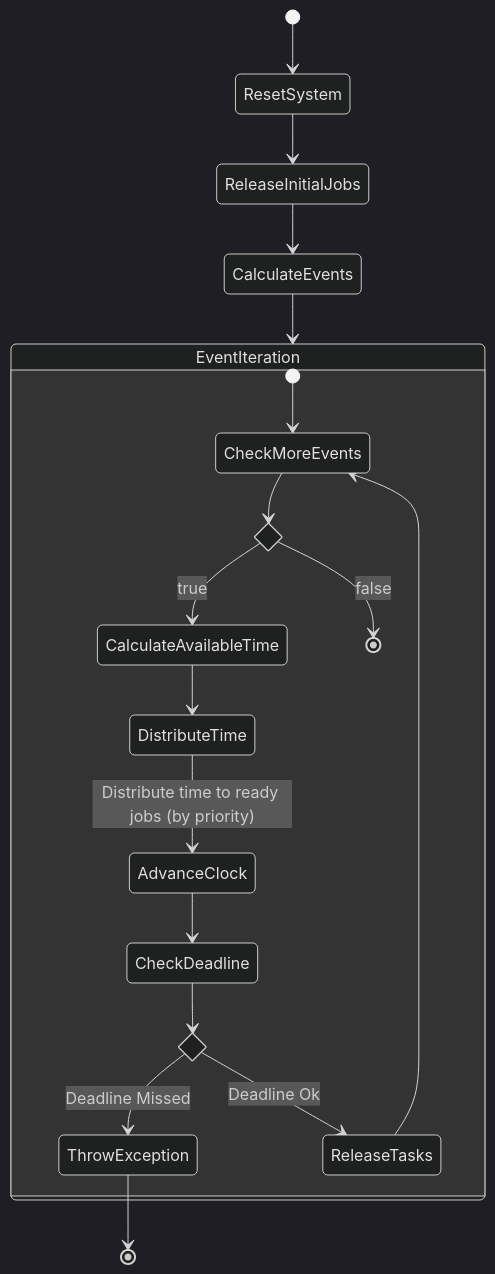
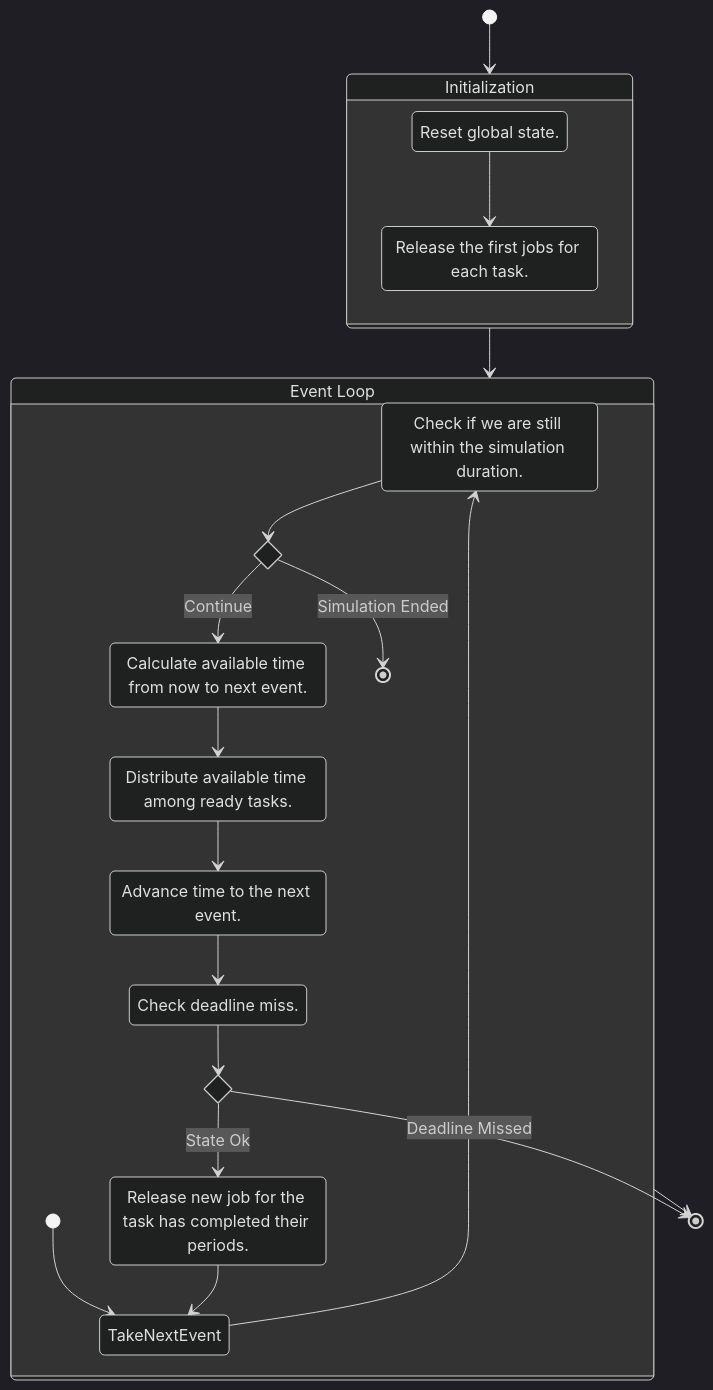
Before and after one commit to edoardosarri24/probabilistic-soft-real-time-analysis: the diagram in report/images/1-simulator/activity_diagram.mmd, drawn with Mermaid (dark theme). The commit also changed 2 other files, not shown here.

Commit message:
activity diagram

```diff
--- a/report/images/1-simulator/activity_diagram.mmd
+++ b/report/images/1-simulator/activity_diagram.mmd
@@ -1,28 +1,36 @@
 stateDiagram-v2
-    [*] --> ResetSystem
-    ResetSystem --> ReleaseInitialJobs
-    ReleaseInitialJobs --> CalculateEvents
+    [*] --> Initialization
 
-    state EventIteration {
-        [*] --> CheckMoreEvents
-        state MoreEventsCheck<<choice>>
-        CheckMoreEvents --> MoreEventsCheck
-
-        MoreEventsCheck --> CalculateAvailableTime: true
-        MoreEventsCheck --> [*]: false
-
-        CalculateAvailableTime --> DistributeTime
-        DistributeTime --> AdvanceClock : Distribute time to ready jobs (by priority)
-        AdvanceClock --> CheckDeadline
-
-        state DeadlineCheck<<choice>>
-        CheckDeadline --> DeadlineCheck
-
-        DeadlineCheck --> ThrowException: Deadline Missed
-        DeadlineCheck --> ReleaseTasks: Deadline Ok
-
-        ReleaseTasks --> CheckMoreEvents
+    state Initialization {
+        ResetSystem: Reset global state.
+        ReleaseFirstJobs: Release the first jobs for each task.
+        ResetSystem --> ReleaseFirstJobs
     }
 
-    CalculateEvents --> EventIteration
-    ThrowException --> [*]
+    state "Event Loop" as EventLoop {
+
+        CheckNextEventTime : Check if we are still within the simulation duration.
+        state NextEventTimeCheck <<choice>>
+        AvailableTime: Calculate available time from now to next event.
+        DistributeTime: Distribute available time among ready tasks.
+        AdvaceTime : Advance time to the next event.
+        CheckDeadline : Check deadline miss.
+        state DeadlineCheck <<choice>>
+        ReleaseJob : Release new job for the task has completed their periods.
+
+        [*] --> TakeNextEvent
+        TakeNextEvent --> CheckNextEventTime
+        CheckNextEventTime --> NextEventTimeCheck
+        NextEventTimeCheck --> [*] : Simulation Ended
+        NextEventTimeCheck --> AvailableTime : Continue
+        AvailableTime --> DistributeTime
+        DistributeTime --> AdvaceTime
+        AdvaceTime --> CheckDeadline
+        CheckDeadline --> DeadlineCheck
+        DeadlineCheck --> ReleaseJob : State Ok
+        ReleaseJob --> TakeNextEvent
+    }
+
+    Initialization --> EventLoop
+    DeadlineCheck --> [*] : Deadline Missed
+    EventLoop --> [*]
```
